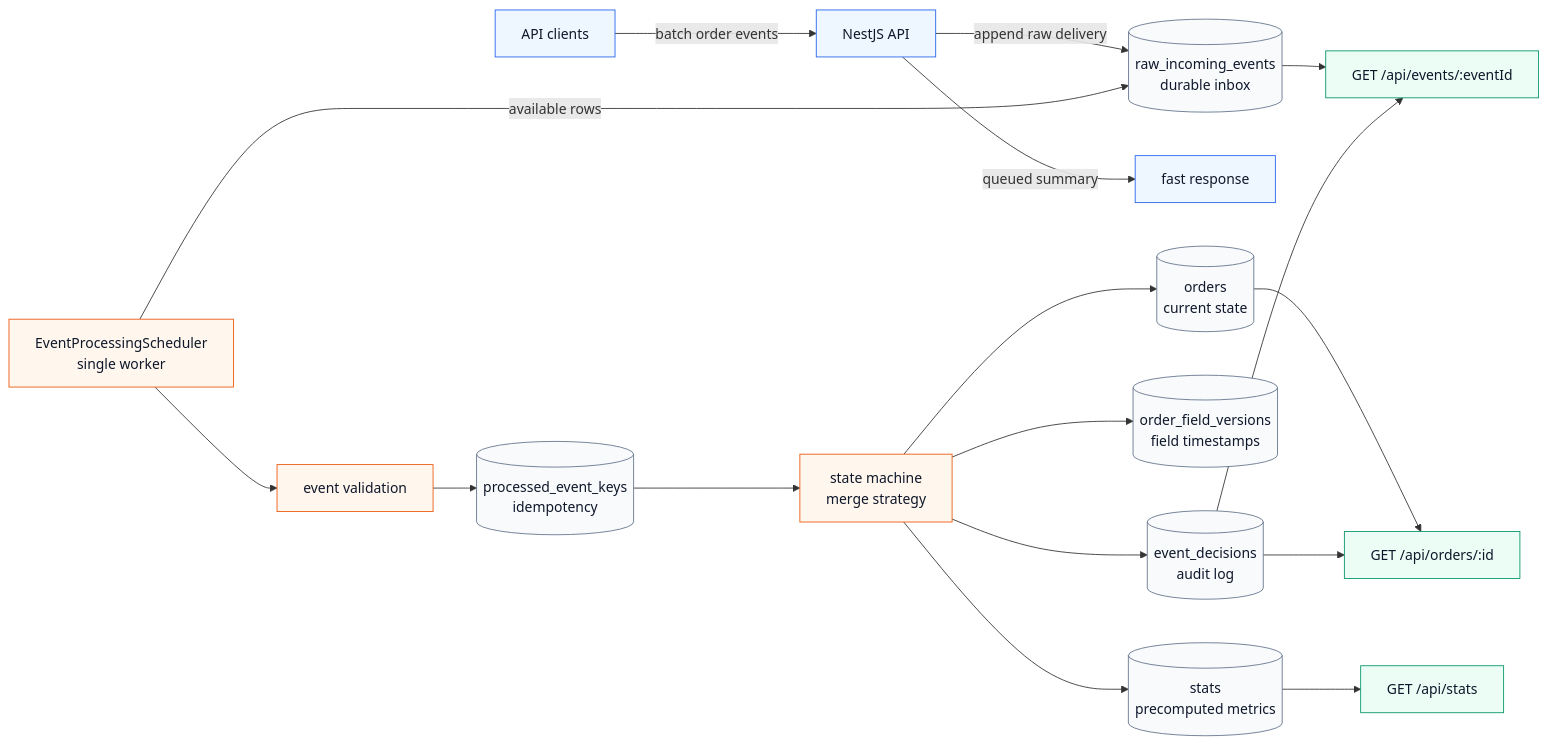
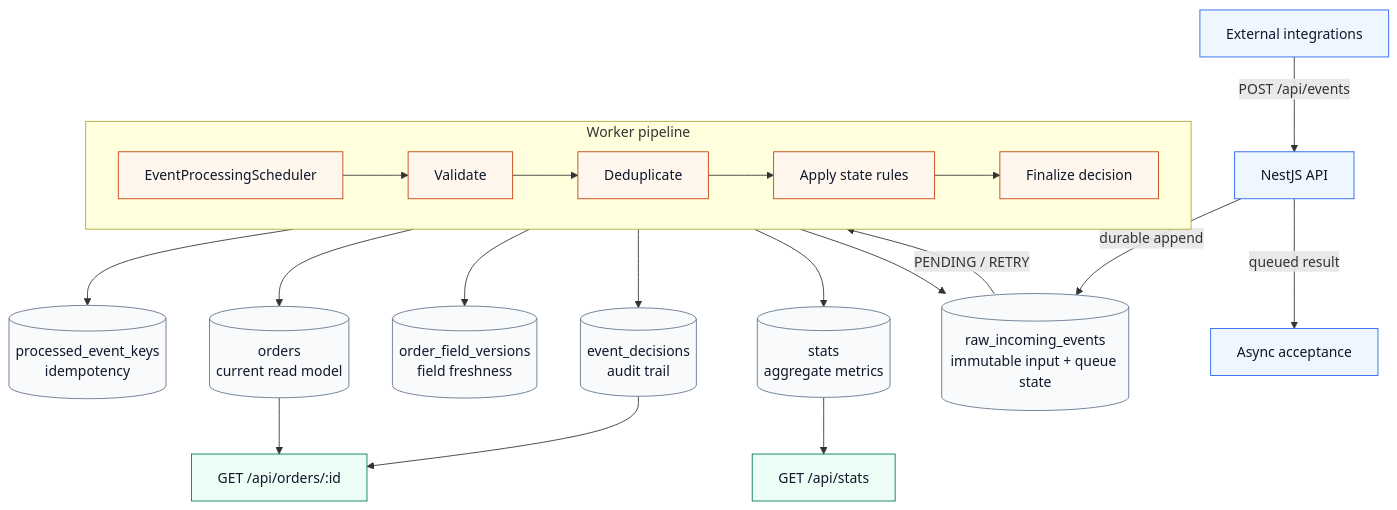
One commit to julianowicka/event-processing-engine changed the first of 4 diagrams in README.md. Above: the diagram before and after it, drawn with Mermaid. The commit also changed other lines of this file, not shown here.

Commit message:
docs: system design

````diff
--- a/README.md
+++ b/README.md
@@ -21,32 +21,37 @@
 ```mermaid
-flowchart LR
-  client["API clients"] -->|"batch order events"| api["NestJS API"]
-  api -->|"append raw delivery"| inbox[("raw_incoming_events<br/>durable inbox")]
-  api -->|"queued summary"| response["fast response"]
+flowchart TB
+  client["External integrations"] -->|"POST /api/events"| api["NestJS API"]
+  api -->|"durable append"| inbox[("raw_incoming_events<br/>immutable input + queue state")]
+  api -->|"queued result"| accepted["Async acceptance"]
 
-  scheduler["EventProcessingScheduler<br/>single worker"] -->|"available rows"| inbox
-  scheduler --> validation["event validation"]
-  validation --> dedupe[("processed_event_keys<br/>idempotency")]
-  dedupe --> rules["state machine<br/>merge strategy"]
+  inbox -->|"PENDING / RETRY"| scheduler["EventProcessingScheduler"]
 
-  rules --> orders[("orders<br/>current state")]
-  rules --> versions[("order_field_versions<br/>field timestamps")]
-  rules --> decisions[("event_decisions<br/>audit log")]
-  rules --> stats[("stats<br/>precomputed metrics")]
+  subgraph worker["Worker pipeline"]
+    direction LR
+    scheduler --> validate["Validate"]
+    validate --> dedupe["Deduplicate"]
+    dedupe --> transition["Apply state rules"]
+    transition --> finalize["Finalize decision"]
+  end
+
+  dedupe --> keys[("processed_event_keys<br/>idempotency")]
+  transition --> orders[("orders<br/>current read model")]
+  transition --> versions[("order_field_versions<br/>field freshness")]
+  finalize --> decisions[("event_decisions<br/>audit trail")]
+  finalize --> stats[("stats<br/>aggregate metrics")]
+  finalize --> inbox
 
   orders --> ordersApi["GET /api/orders/:id"]
-  inbox --> eventApi["GET /api/events/:eventId"]
   decisions --> ordersApi
-  decisions --> eventApi
   stats --> statsApi["GET /api/stats"]
 
-  classDef edge fill:#eef6ff,stroke:#2563eb,color:#0f172a;
-  classDef worker fill:#fff7ed,stroke:#ea580c,color:#0f172a;
-  classDef data fill:#f8fafc,stroke:#64748b,color:#0f172a;
-  classDef read fill:#ecfdf5,stroke:#059669,color:#0f172a;
+  classDef ingress fill:#eef6ff,stroke:#2563eb,color:#0f172a;
+  classDef workerNode fill:#fff7ed,stroke:#c2410c,color:#0f172a;
+  classDef store fill:#f8fafc,stroke:#64748b,color:#0f172a;
+  classDef read fill:#ecfdf5,stroke:#047857,color:#0f172a;
 
-  class client,api,response edge;
-  class scheduler,validation,rules worker;
-  class inbox,dedupe,orders,versions,decisions,stats data;
-  class ordersApi,eventApi,statsApi read;
+  class client,api,accepted ingress;
+  class scheduler,validate,dedupe,transition,finalize workerNode;
+  class inbox,keys,orders,versions,decisions,stats store;
+  class ordersApi,statsApi read;
 ```
````
